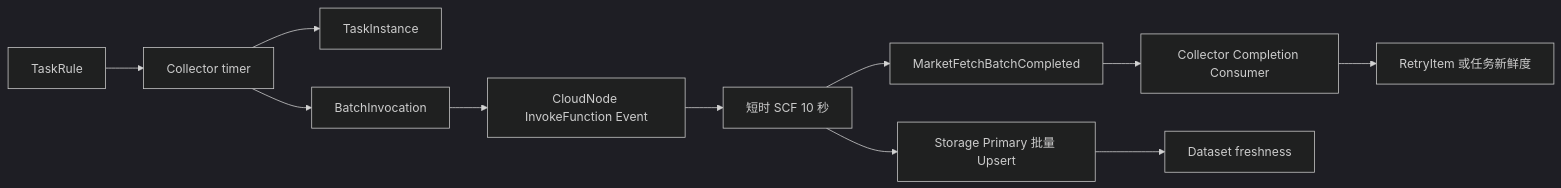
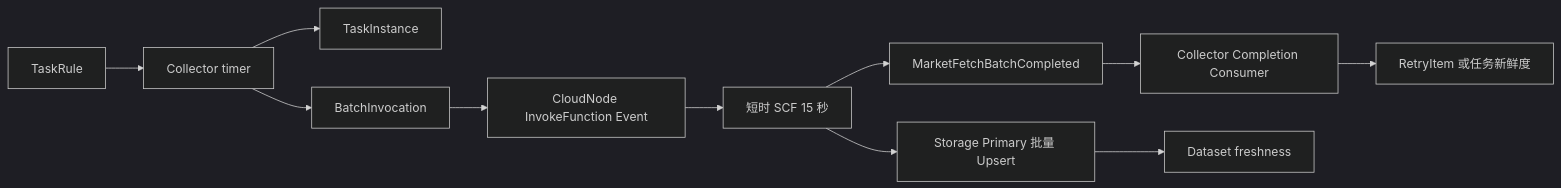
Before and after one commit to mooyang-code/moox: the diagram in docs/采集任务管理.md, drawn with Mermaid (dark theme). The commit also changed other lines of this file and 5 other files, not shown here.

````diff
--- a/docs/采集任务管理.md
+++ b/docs/采集任务管理.md
@@ -29,13 +29,13 @@
 ```mermaid
 flowchart LR
   Rule["TaskRule"] --> Scheduler["Collector timer"]
   Scheduler --> Instance["TaskInstance"]
   Scheduler --> Batch["BatchInvocation"]
   Batch --> CloudNode["CloudNode InvokeFunction Event"]
-  CloudNode --> SCF["短时 SCF 10 秒"]
+  CloudNode --> SCF["短时 SCF 15 秒"]
   SCF --> Storage["Storage Primary 批量 Upsert"]
   SCF --> EventBus["MarketFetchBatchCompleted"]
   EventBus --> Completion["Collector Completion Consumer"]
   Completion --> Retry["RetryItem 或任务新鲜度"]
   Storage --> Monitor["Dataset freshness"]
 ```
````
